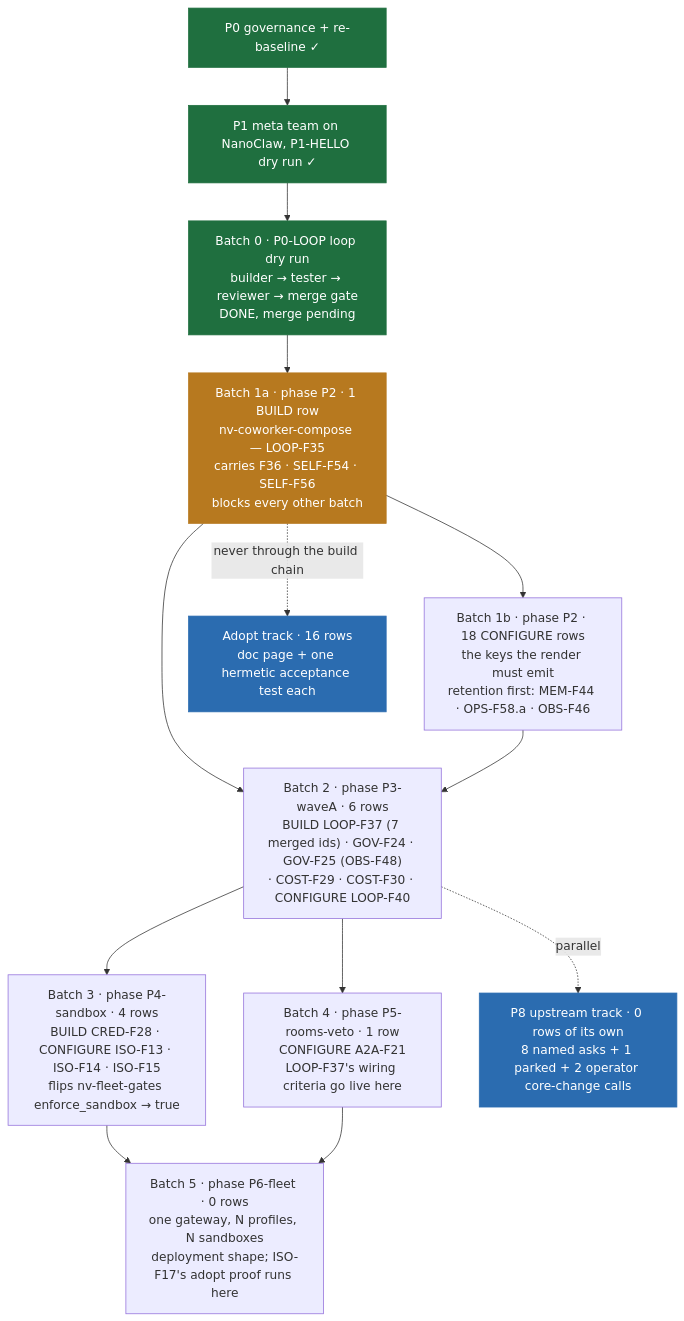
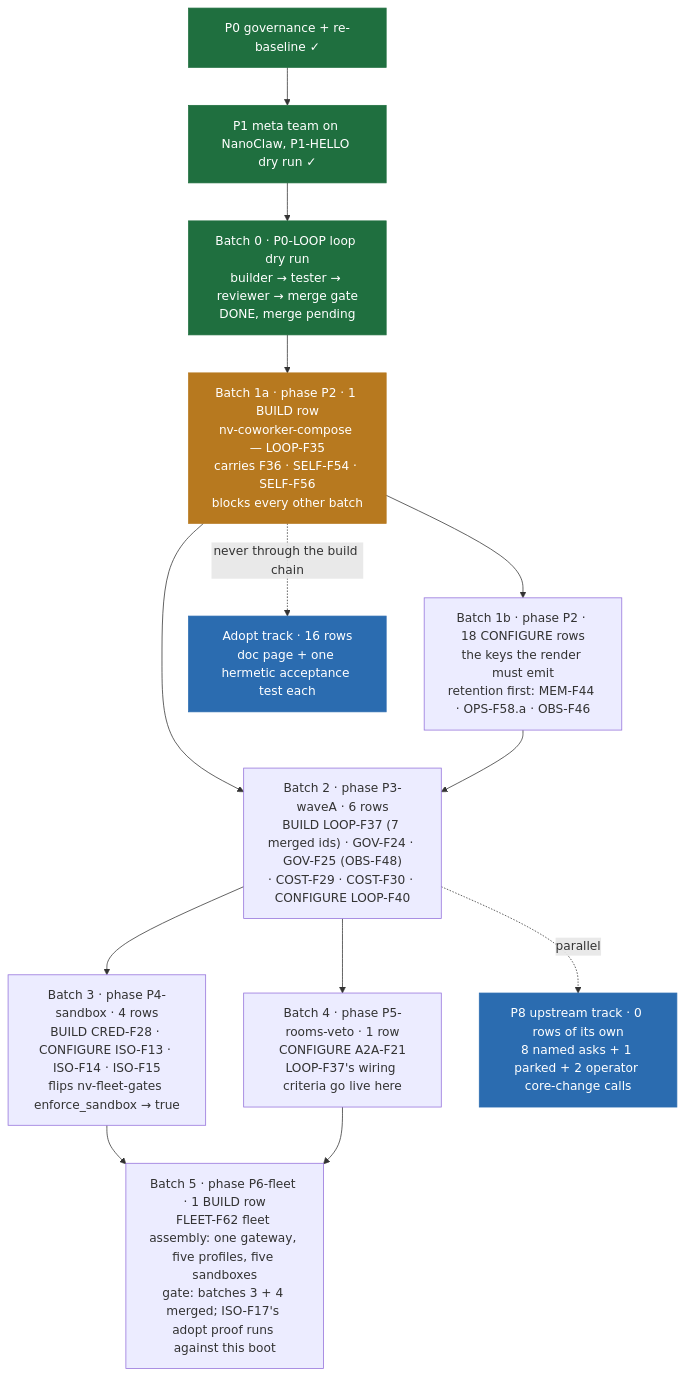
The diagram in docs/hermes-port/dispatch-plan.md (slang-coworkers/nanoclaw), drawn with Mermaid before and after one commit. The commit also changed other lines of this file and 19 other files, not shown here.

````diff
--- a/docs/hermes-port/dispatch-plan.md
+++ b/docs/hermes-port/dispatch-plan.md
@@ -28,21 +28,21 @@
 ```mermaid
 flowchart TD
   P0["P0 governance + re-baseline ✓"] --> P1["P1 meta team on NanoClaw, P1-HELLO dry run ✓"]
   P1 --> B0["Batch 0 · P0-LOOP loop dry run<br/>builder → tester → reviewer → merge gate<br/>DONE, merge pending"]
   B0 --> B1a["Batch 1a · phase P2 · 1 BUILD row<br/>nv-coworker-compose — LOOP-F35<br/>carries F36 · SELF-F54 · SELF-F56<br/>blocks every other batch"]
   B1a --> B1b["Batch 1b · phase P2 · 18 CONFIGURE rows<br/>the keys the render must emit<br/>retention first: MEM-F44 · OPS-F58.a · OBS-F46"]
   B1a --> B2["Batch 2 · phase P3-waveA · 6 rows<br/>BUILD LOOP-F37 (7 merged ids) · GOV-F24 · GOV-F25 (OBS-F48)<br/>· COST-F29 · COST-F30 · CONFIGURE LOOP-F40"]
   B1b --> B2
   B2 --> B3["Batch 3 · phase P4-sandbox · 4 rows<br/>BUILD CRED-F28 · CONFIGURE ISO-F13 · ISO-F14 · ISO-F15<br/>flips nv-fleet-gates enforce_sandbox → true"]
   B2 --> B4["Batch 4 · phase P5-rooms-veto · 1 row<br/>CONFIGURE A2A-F21<br/>LOOP-F37's wiring criteria go live here"]
-  B3 --> B5["Batch 5 · phase P6-fleet · 0 rows<br/>one gateway, N profiles, N sandboxes<br/>deployment shape; ISO-F17's adopt proof runs here"]
+  B3 --> B5["Batch 5 · phase P6-fleet · 1 BUILD row<br/>FLEET-F62 fleet assembly: one gateway, five profiles, five sandboxes<br/>gate: batches 3 + 4 merged; ISO-F17's adopt proof runs against this boot"]
   B4 --> B5
   B2 -. parallel .-> P8["P8 upstream track · 0 rows of its own<br/>8 named asks + 1 parked + 2 operator core-change calls"]
   B1a -. never through the build chain .-> AD["Adopt track · 16 rows<br/>doc page + one hermetic acceptance test each"]
   classDef done fill:#1f6f3f,color:#fff,stroke:#1f6f3f
   classDef next fill:#b7791f,color:#fff,stroke:#b7791f
   classDef side fill:#2b6cb0,color:#fff,stroke:#2b6cb0
   class P0,P1,B0 done
   class B1a next
   class AD,P8 side
 ```
````
